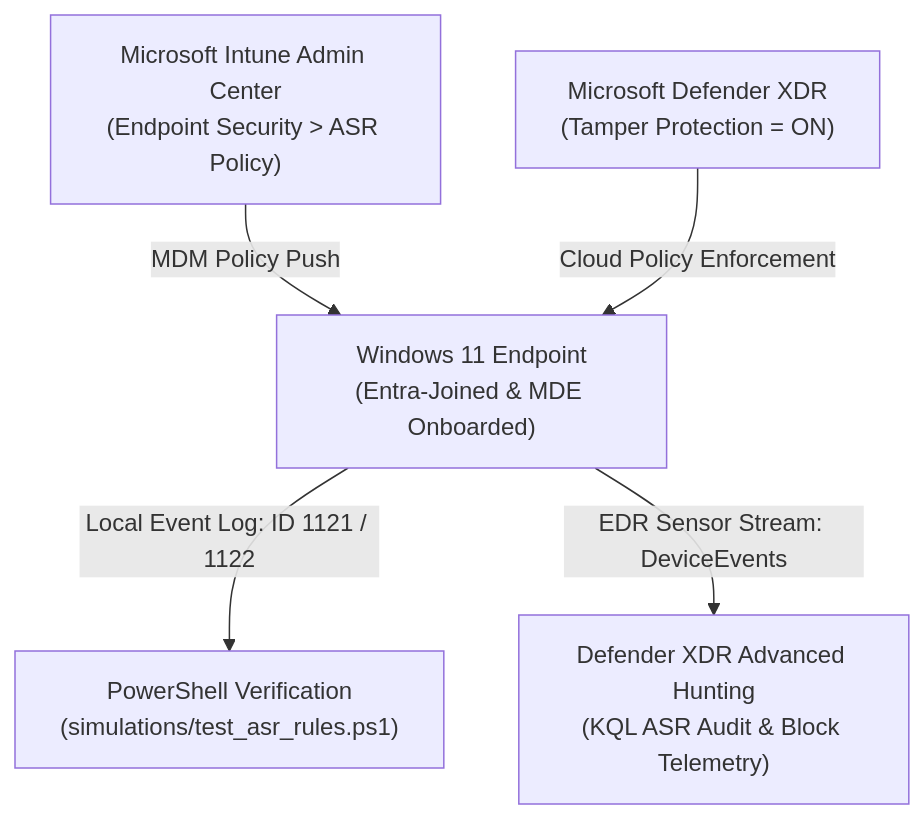
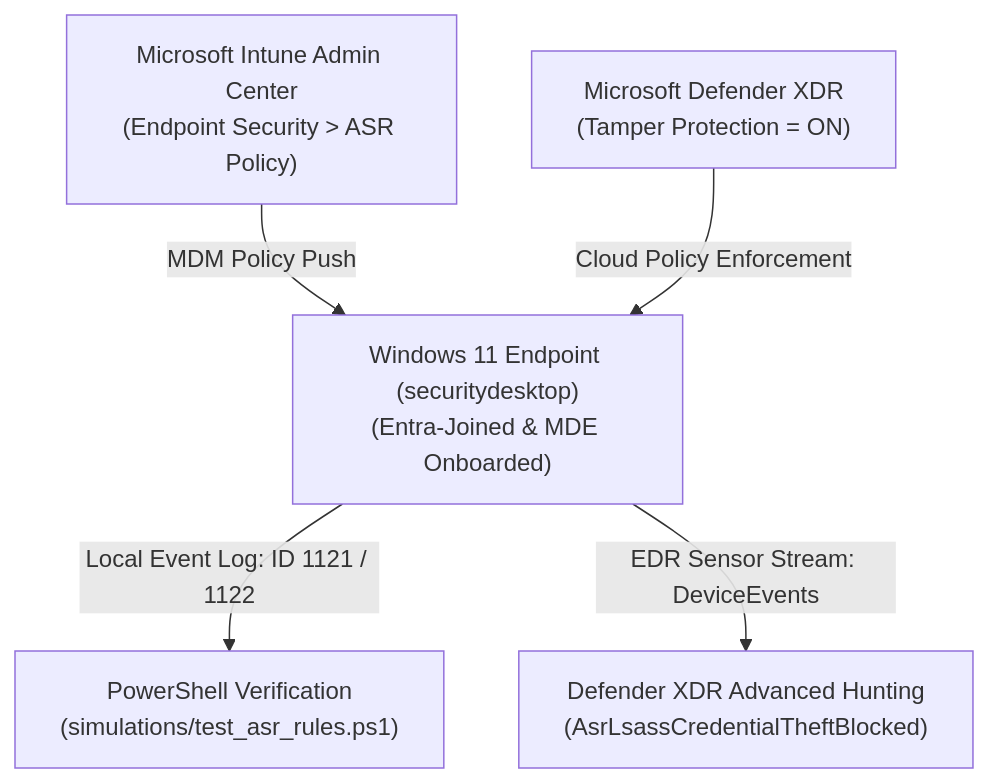
The diagram in case-studies/01_Endpoint_Hardening_and_ASR.md (mufticyberpro/microsoft-soc-xdr-sentinel-labs), drawn with Mermaid before and after one commit. The commit also changed other lines of this file and 1 other file, not shown here.

Commit message:
Remove screenshot placeholders in Case Study 01 and document live securitydesktop telemetry

````diff
--- a/case-studies/01_Endpoint_Hardening_and_ASR.md
+++ b/case-studies/01_Endpoint_Hardening_and_ASR.md
@@ -26,7 +27,7 @@
 ```mermaid
 flowchart TD
-    Intune["Microsoft Intune Admin Center<br/>(Endpoint Security > ASR Policy)"] -->|MDM Policy Push| Win11["Windows 11 Endpoint<br/>(Entra-Joined & MDE Onboarded)"]
+    Intune["Microsoft Intune Admin Center<br/>(Endpoint Security > ASR Policy)"] -->|MDM Policy Push| Win11["Windows 11 Endpoint (securitydesktop)<br/>(Entra-Joined & MDE Onboarded)"]
     DefenderCloud["Microsoft Defender XDR<br/>(Tamper Protection = ON)"] -->|Cloud Policy Enforcement| Win11
     Win11 -->|Local Event Log: ID 1121 / 1122| PS["PowerShell Verification<br/>(simulations/test_asr_rules.ps1)"]
-    Win11 -->|EDR Sensor Stream: DeviceEvents| Hunting["Defender XDR Advanced Hunting<br/>(KQL ASR Audit & Block Telemetry)"]
+    Win11 -->|EDR Sensor Stream: DeviceEvents| Hunting["Defender XDR Advanced Hunting<br/>(AsrLsassCredentialTheftBlocked)"]
 ```
````
